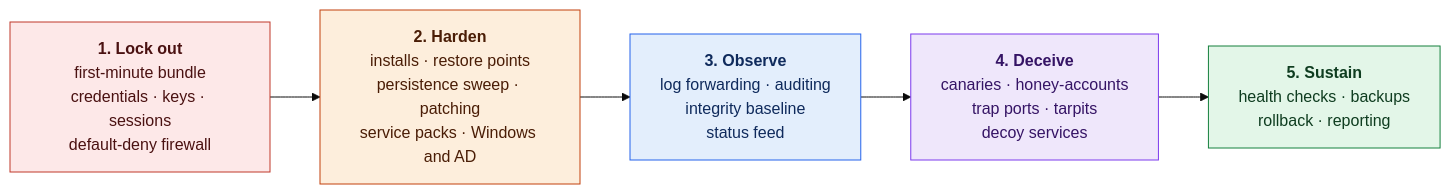
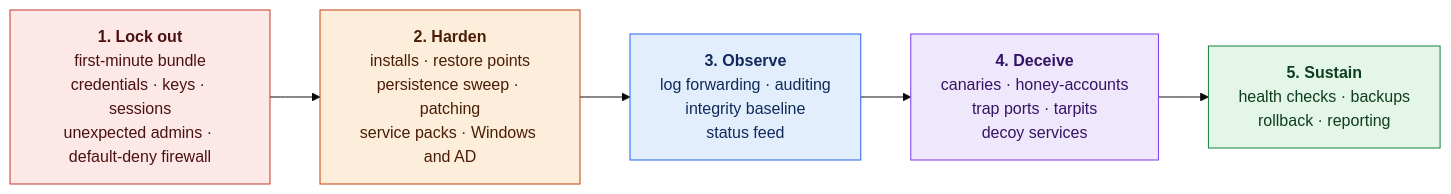
Before and after one commit to dotnetdork/Labyrinth: the first of 3 diagrams in docs/design/00-Module-Contract-and-Layout.md, drawn with Mermaid (base theme). The commit also changed other lines of this file and 11 other files, not shown here.

````diff
--- a/docs/design/00-Module-Contract-and-Layout.md
+++ b/docs/design/00-Module-Contract-and-Layout.md
@@ -19,19 +19,19 @@
 ```mermaid
 flowchart LR
-    L["<b>1. Lock out</b><br/>first-minute bundle<br/>credentials · keys · sessions<br/>default-deny firewall"]
+    L["<b>1. Lock out</b><br/>first-minute bundle<br/>credentials · keys · sessions<br/>unexpected admins · default-deny firewall"]
     H["<b>2. Harden</b><br/>installs · restore points<br/>persistence sweep · patching<br/>service packs · Windows and AD"]
     O["<b>3. Observe</b><br/>log forwarding · auditing<br/>integrity baseline<br/>status feed"]
     D["<b>4. Deceive</b><br/>canaries · honey-accounts<br/>trap ports · tarpits<br/>decoy services"]
     S["<b>5. Sustain</b><br/>health checks · backups<br/>rollback · reporting"]
     L --> H --> O --> D --> S
     classDef lockout fill:#fde8e8,stroke:#c0392b,color:#4a1111
     classDef harden fill:#fdeedc,stroke:#c2410c,color:#4a1d06
     classDef observe fill:#e3eefc,stroke:#2563eb,color:#0f2a5c
     classDef deceive fill:#efe7fb,stroke:#7c3aed,color:#351465
     classDef sustain fill:#e3f6e8,stroke:#15803d,color:#0f3d20
     class L lockout
     class H harden
     class O observe
     class D deceive
     class S sustain
 ```
````
